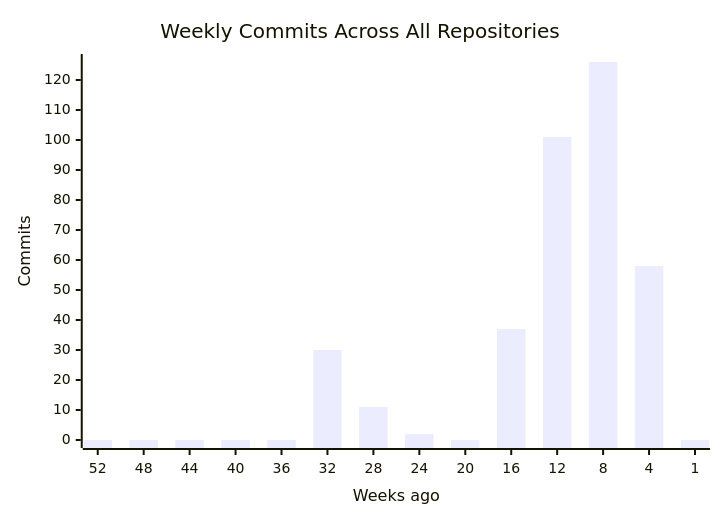
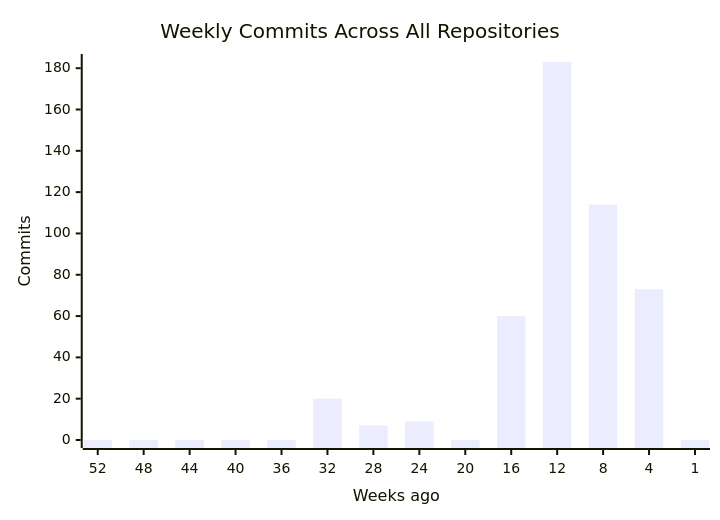
The first of 4 diagrams in profile/README.md (CSTH-Projects/.github), drawn with Mermaid before and after one commit. The commit also changed other lines of this file, not shown here.

````diff
--- a/profile/README.md
+++ b/profile/README.md
@@ -16,7 +16,7 @@
 ```mermaid
 xychart-beta
     title "Weekly Commits Across All Repositories"
     x-axis "Weeks ago" [52, 48, 44, 40, 36, 32, 28, 24, 20, 16, 12, 8, 4, 1]
     y-axis "Commits"
-    bar [0, 0, 0, 0, 0, 30, 11, 2, 0, 37, 101, 126, 58, 0]
+    bar [0, 0, 0, 0, 0, 20, 7, 9, 0, 60, 183, 114, 73, 0]
 ```
````
